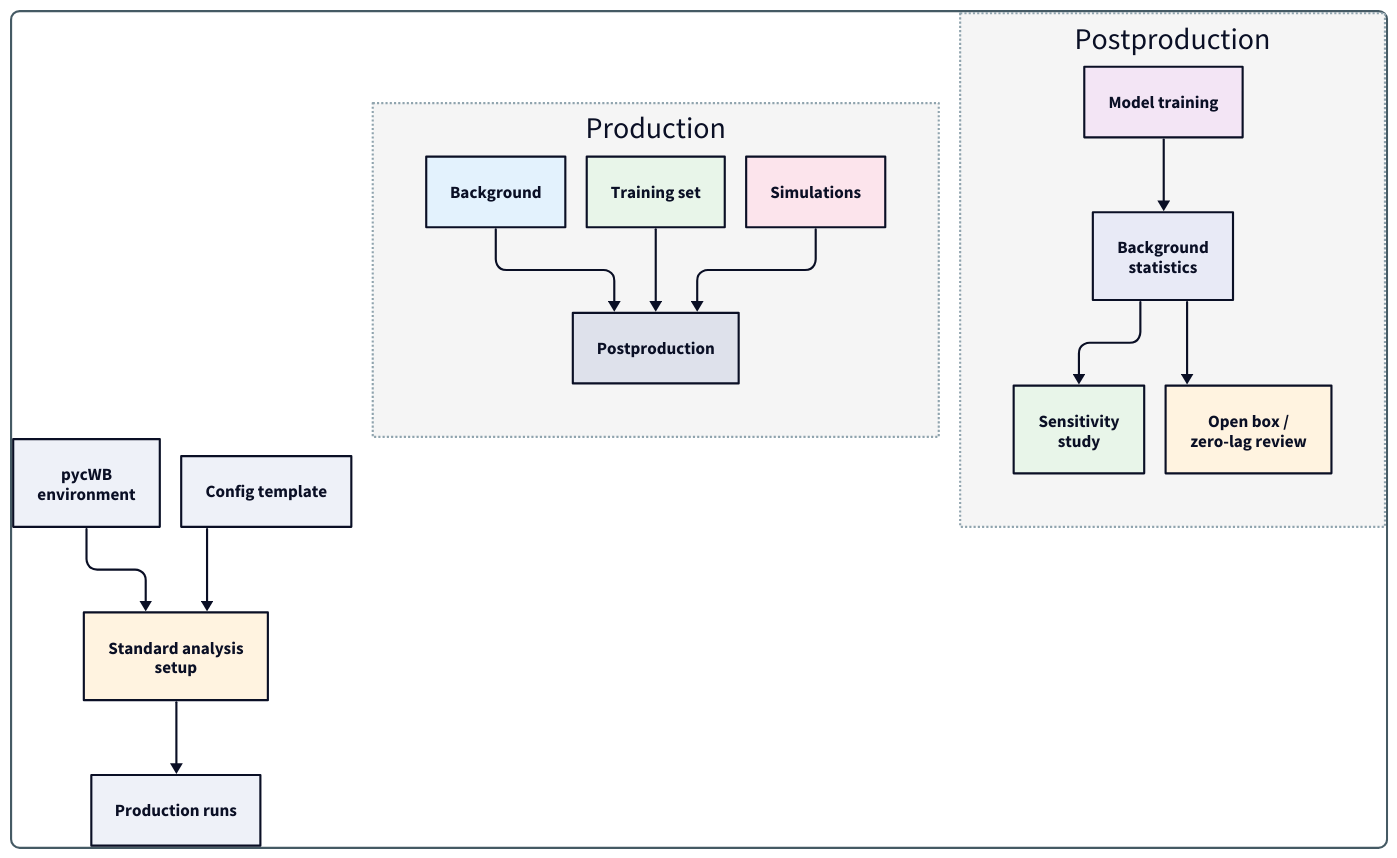
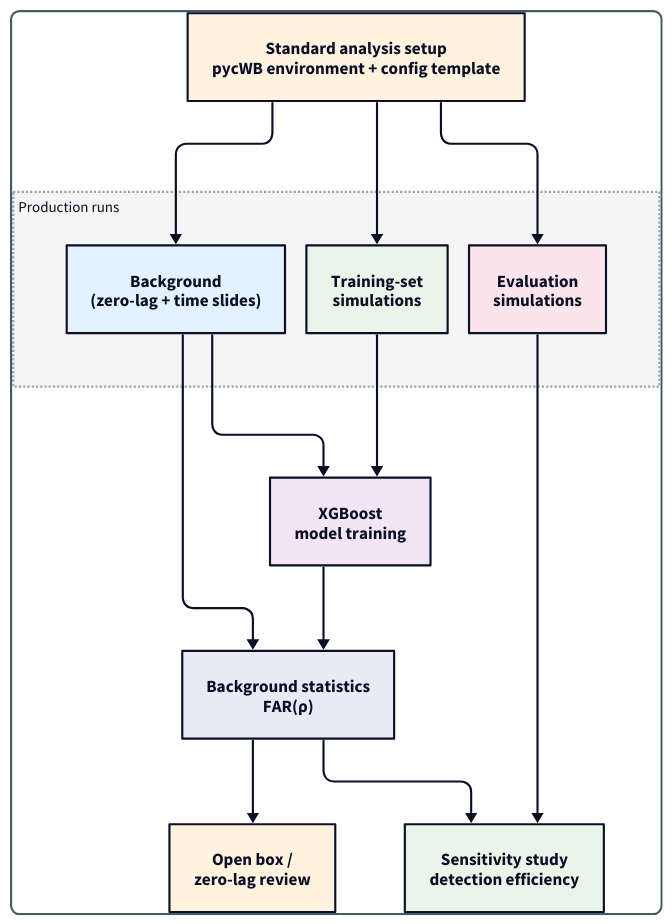
The diagram in docs/source/_static/diagrams/production_analysis.d2 (PycWB/pycwb), drawn with D2 before and after one commit. The commit also changed 22 other files, not shown here.

Commit message:
docs: refresh workflow diagrams and their renderer

```diff
--- a/docs/source/_static/diagrams/production_analysis.d2
+++ b/docs/source/_static/diagrams/production_analysis.d2
@@ -1,48 +1,52 @@
+# Production analysis overview (standard_analysis.rst).
 direction: down
 
 vars: {
   d2-config: {
     layout-engine: elk
     theme-id: 1
+    pad: 24
   }
 }
 
 style: {
   fill: "#ffffff"
   stroke: "#455a64"
   stroke-width: 2
   border-radius: 8
   font-color: "#263238"
   font-size: 13
   shadow: true
 }
 
-"pycWB\nenvironment" -> "Standard analysis\nsetup"
-"Config template" -> "Standard analysis\nsetup"
-"Standard analysis\nsetup" -> "Production runs"
-"Standard analysis\nsetup".style.fill: "#fff3e0"
+setup: "Standard analysis setup\npycWB environment + config template" {style.fill: "#fff3e0"}
 
-Production: {
+runs: "Production runs" {
+  label.near: top-left
+  style.font-size: 14
   style.fill: "#f5f5f5"
   style.stroke: "#90a4ae"
   style.stroke-dash: 1
-  Background -> Postproduction
-  "Training set" -> Postproduction
-  Simulations -> Postproduction
-  Background.style.fill: "#e3f2fd"
-  "Training set".style.fill: "#e8f5e9"
-  Simulations.style.fill: "#fce4ec"
+
+  background: "Background\n(zero-lag + time slides)" {style.fill: "#e3f2fd"}
+  training: "Training-set\nsimulations" {style.fill: "#e8f5e9"}
+  simulations: "Evaluation\nsimulations" {style.fill: "#fce4ec"}
 }
 
-Postproduction: {
-  style.fill: "#f5f5f5"
-  style.stroke: "#90a4ae"
-  style.stroke-dash: 1
-  "Model training" -> "Background\nstatistics"
-  "Background\nstatistics" -> "Sensitivity\nstudy"
-  "Background\nstatistics" -> "Open box /\nzero-lag review"
-  "Model training".style.fill: "#f3e5f5"
-  "Background\nstatistics".style.fill: "#e8eaf6"
-  "Sensitivity\nstudy".style.fill: "#e8f5e9"
-  "Open box /\nzero-lag review".style.fill: "#fff3e0"
-}
+setup -> runs.background
+setup -> runs.training
+setup -> runs.simulations
+
+# postproduction
+model: "XGBoost\nmodel training" {style.fill: "#f3e5f5"}
+far: "Background statistics\nFAR(ρ)" {style.fill: "#e8eaf6"}
+sensitivity: "Sensitivity study\ndetection efficiency" {style.fill: "#e8f5e9"}
+openbox: "Open box /\nzero-lag review" {style.fill: "#fff3e0"}
+
+runs.background -> model
+runs.training -> model
+runs.background -> far
+model -> far
+far -> openbox
+far -> sensitivity
+runs.simulations -> sensitivity
```
